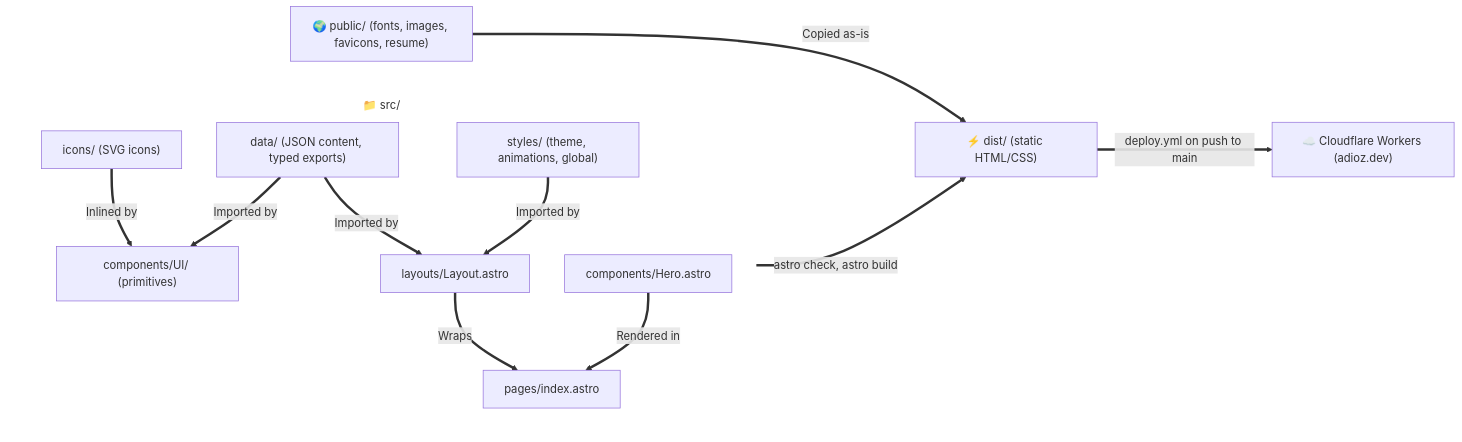
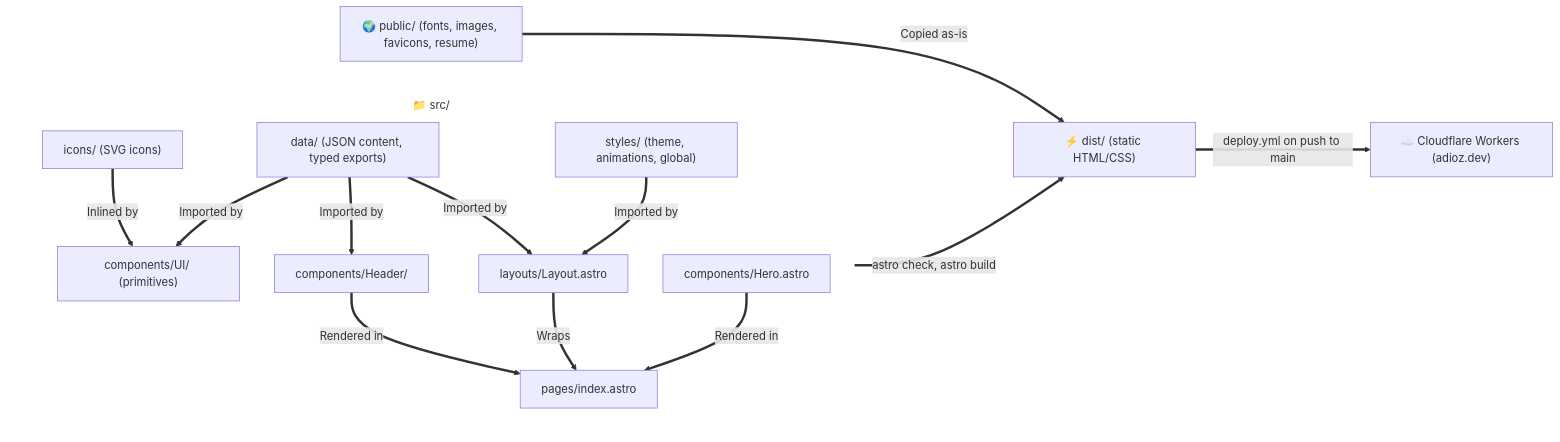
Before and after one commit to adiozeshitemi/adioz-profile: the diagram in docs/architecture.md, drawn with Mermaid. The commit also changed other lines of this file and 2 other files, not shown here.

First line of the commit message:
docs: document the header and navigation data

````diff
--- a/docs/architecture.md
+++ b/docs/architecture.md
@@ -9,29 +9,32 @@
 ```mermaid
 flowchart LR
     %% Define invisible styling for subgraphs to remove backgrounds and borders
     classDef transparent fill:none,stroke:none;
 
     subgraph Src ["📁 src/"]
         direction TB
         Icons["icons/ (SVG icons)"]
         Data["data/ (JSON content, typed exports)"]
         Styles["styles/ (theme, animations, global)"]
         UI["components/UI/ (primitives)"]
+        Header["components/Header/"]
         Layout["layouts/Layout.astro"]
         Hero["components/Hero.astro"]
         Page["pages/index.astro"]
     end
 
     Icons ==>|Inlined by| UI
     Data ==>|Imported by| UI
+    Data ==>|Imported by| Header
     Data ==>|Imported by| Layout
     Styles ==>|Imported by| Layout
+    Header ==>|Rendered in| Page
     Layout ==>|Wraps| Page
     Hero ==>|Rendered in| Page
     Page ==>|astro check, astro build| Dist["⚡ dist/ (static HTML/CSS)"]
     Public["🌍 public/ (fonts, images, favicons, resume)"] ==>|Copied as-is| Dist
     Dist ==>|deploy.yml on push to main| Workers["☁️ Cloudflare Workers (adioz.dev)"]
 
     %% Apply transparent class to subgraphs
     class Src transparent;
 ```
````
